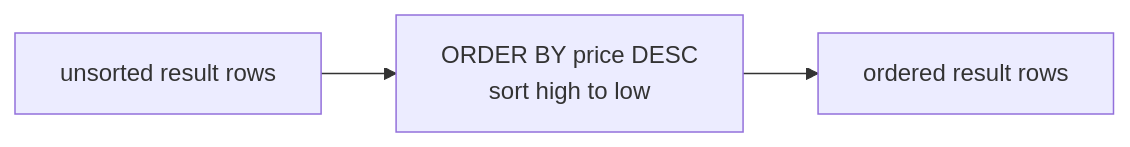
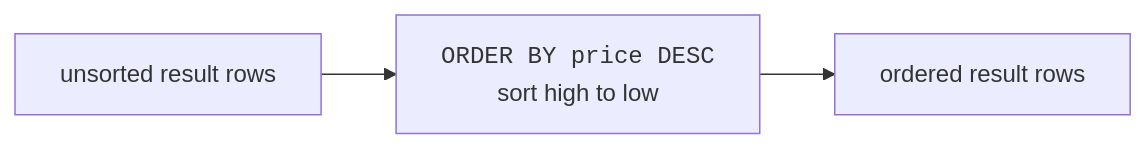
Before and after one commit to dataslope/dataslope: the first of 4 diagrams in content/learn/sqlite-for-beginners/sorting-and-limiting.mdx, drawn with Mermaid. The commit also changed other lines of this file and 56 other files, not shown here.

````diff
--- a/content/learn/sqlite-for-beginners/sorting-and-limiting.mdx
+++ b/content/learn/sqlite-for-beginners/sorting-and-limiting.mdx
@@ -72,5 +72,5 @@
 ```mermaid
 flowchart LR
-    A["unsorted result rows"] --> B["ORDER BY price DESC<br/>sort high to low"]
+    A["unsorted result rows"] --> B["<code>ORDER BY price DESC</code><br/>sort high to low"]
     B --> C["ordered result rows"]
 ```
````
